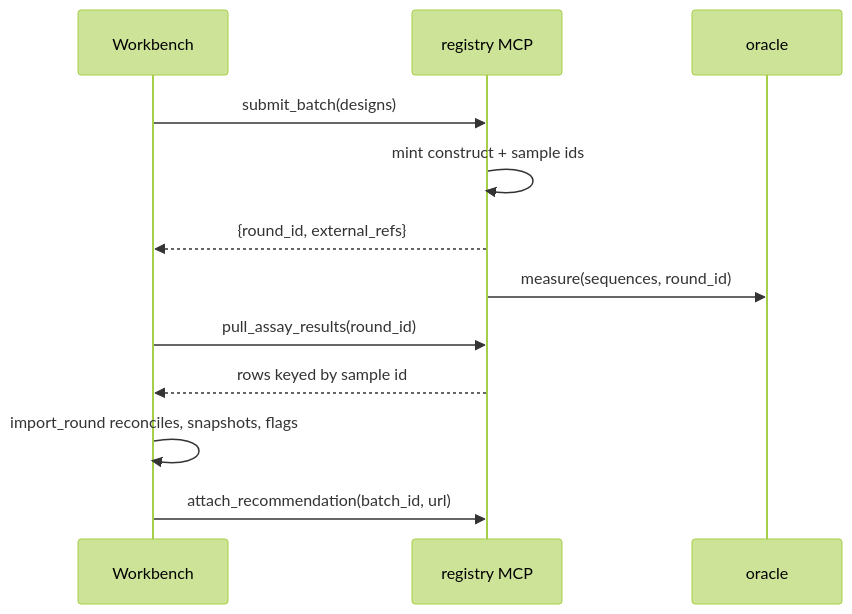
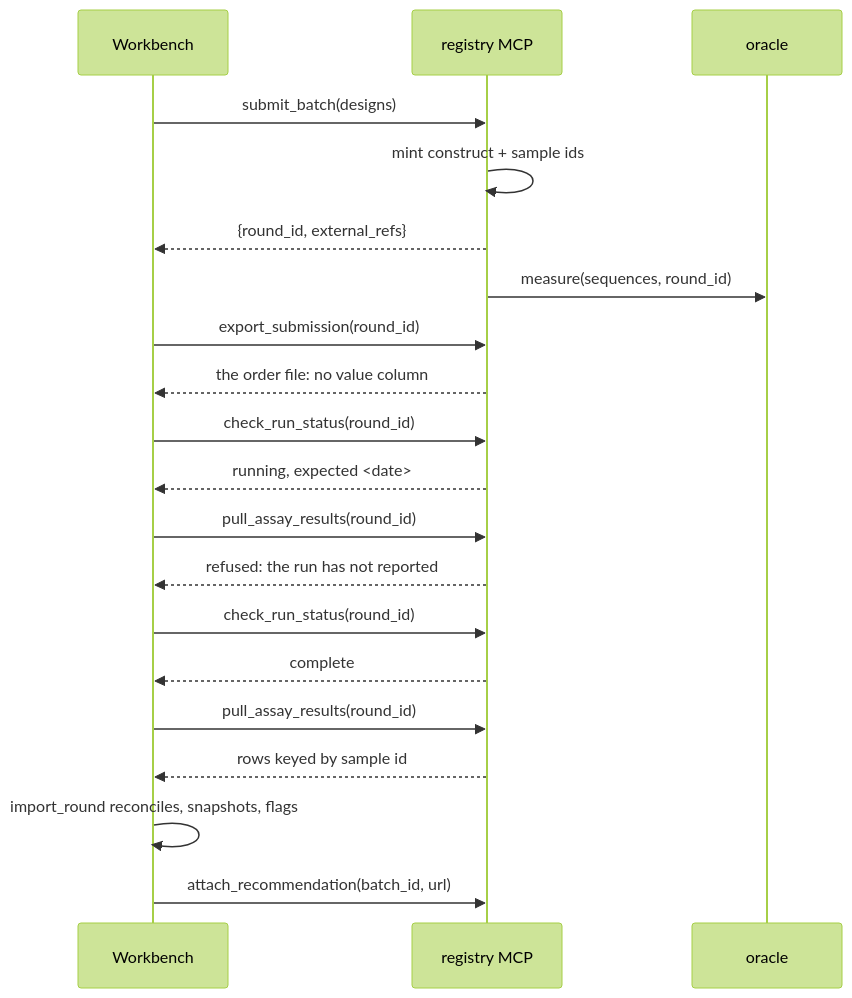
Before and after one commit to cooperstlogic/adaptive-workbench: the second of 2 diagrams in SPEC.md, drawn with Mermaid (forest theme). The commit also changed other lines of this file and 36 other files, not shown here.

````diff
--- a/SPEC.md
+++ b/SPEC.md
@@ -290,14 +290,22 @@
 ```mermaid
 sequenceDiagram
   participant W as Workbench
   participant R as registry MCP
   participant O as oracle
   W->>R: submit_batch(designs)
   R->>R: mint construct + sample ids
   R-->>W: {round_id, external_refs}
   R->>O: measure(sequences, round_id)
+  W->>R: export_submission(round_id)
+  R-->>W: the order file: no value column
+  W->>R: check_run_status(round_id)
+  R-->>W: running, expected <date>
+  W->>R: pull_assay_results(round_id)
+  R-->>W: refused: the run has not reported
+  W->>R: check_run_status(round_id)
+  R-->>W: complete
   W->>R: pull_assay_results(round_id)
   R-->>W: rows keyed by sample id
   W->>W: import_round reconciles, snapshots, flags
   W->>R: attach_recommendation(batch_id, url)
 ```
````
